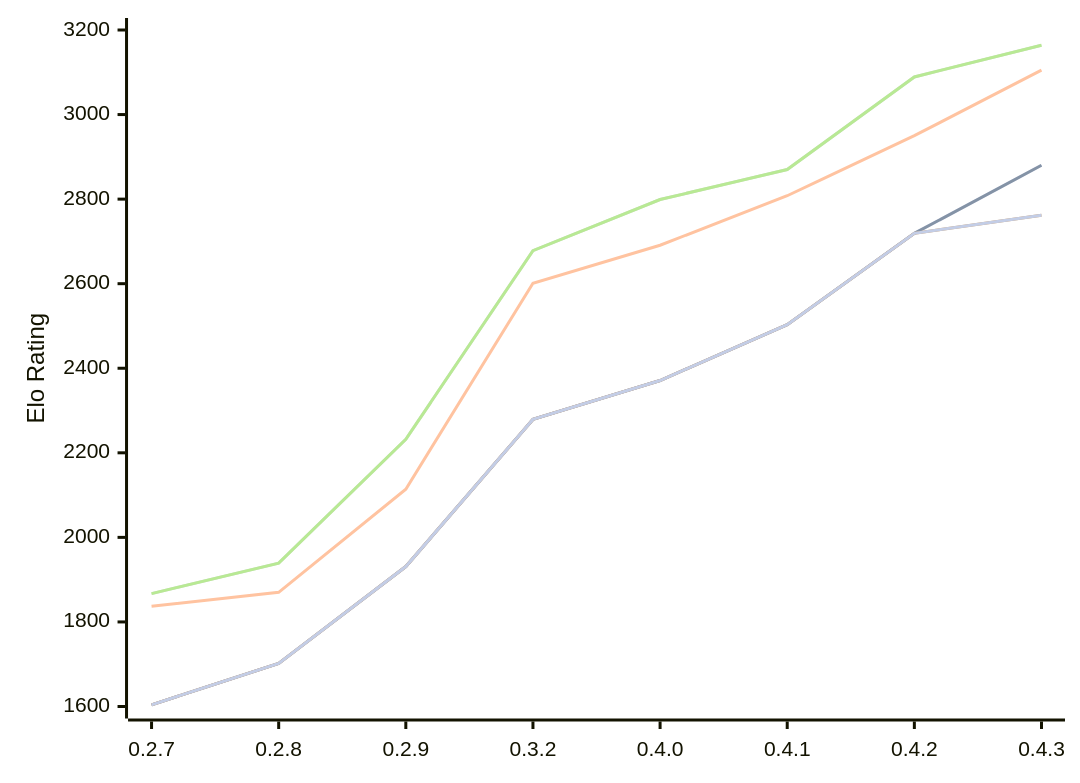
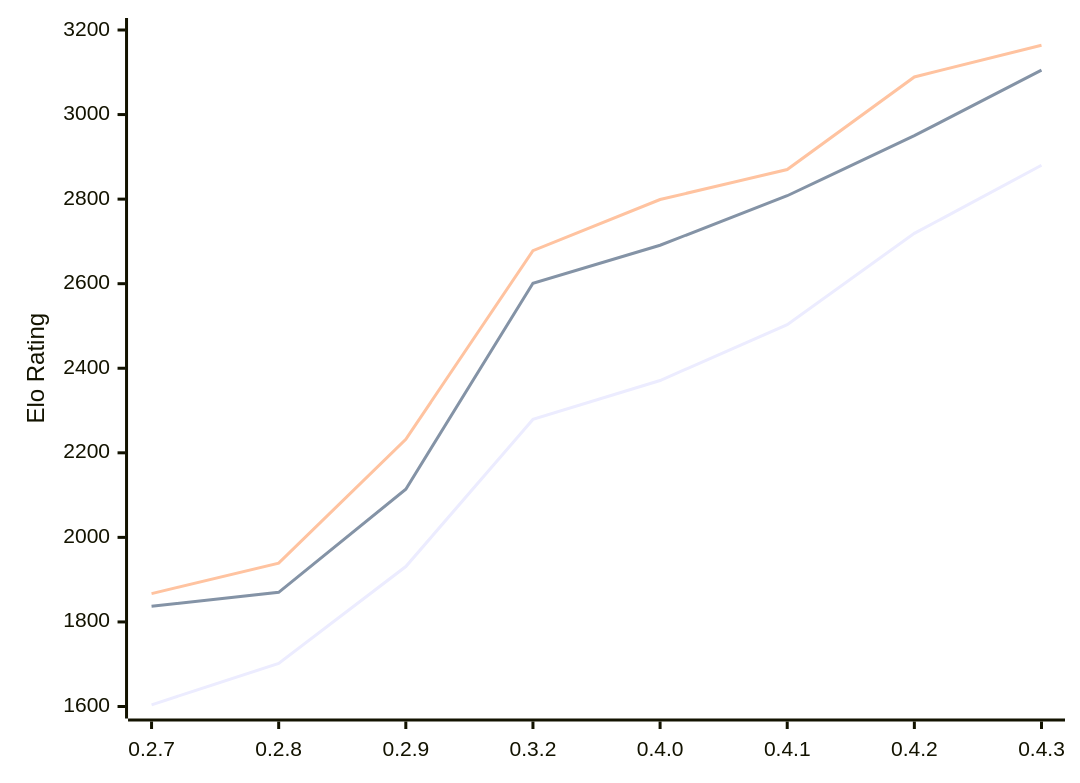
The diagram in engines/Dual.md (computer-chess-index/cci), drawn with Mermaid before and after one commit. The commit also changed other lines of this file, not shown here.

````diff
--- a/engines/Dual.md
+++ b/engines/Dual.md
@@ -54,13 +54,9 @@
 ```mermaid
 %%{init: {"theme":"base","themeVariables":{"seriesColors:['#a3a3a3','#222221','#faa371']}}}%%
 xychart-beta
   x-axis ["0.2.7", "0.2.8", "0.2.9", "0.3.2", "0.4.0", "0.4.1", "0.4.2", "0.4.3"]
   y-axis "Elo Rating" 1600 --> 3200
-  line "" [1604, 1702, 1931, 2279, 2371, 2503, 2719, 2880]
   line "T1: STC (8.0+0.08s)" [1604, 1702, 1931, 2279, 2371, 2503, 2719, 2880]
   line "T1: LTC (60.0+0.60s)" [1837, 1870, 2114, 2601, 2691, 2808, 2950, 3105]
-  line "" [1867, 1939, 2232, 2678, 2799, 2870, 3089, 3164]
   line "T1: VLTC (2m24s+1.12s)" [1867, 1939, 2232, 2678, 2799, 2870, 3089, 3164]
-  line "" [1604, 1702, 1931, 2279, 2371, 2503, 2719,2762]
-  line "E1: STC (8.0+0.08s)" [1604, 1702, 1931, 2279, 2371, 2503, 2719,2762]
 ```
````
